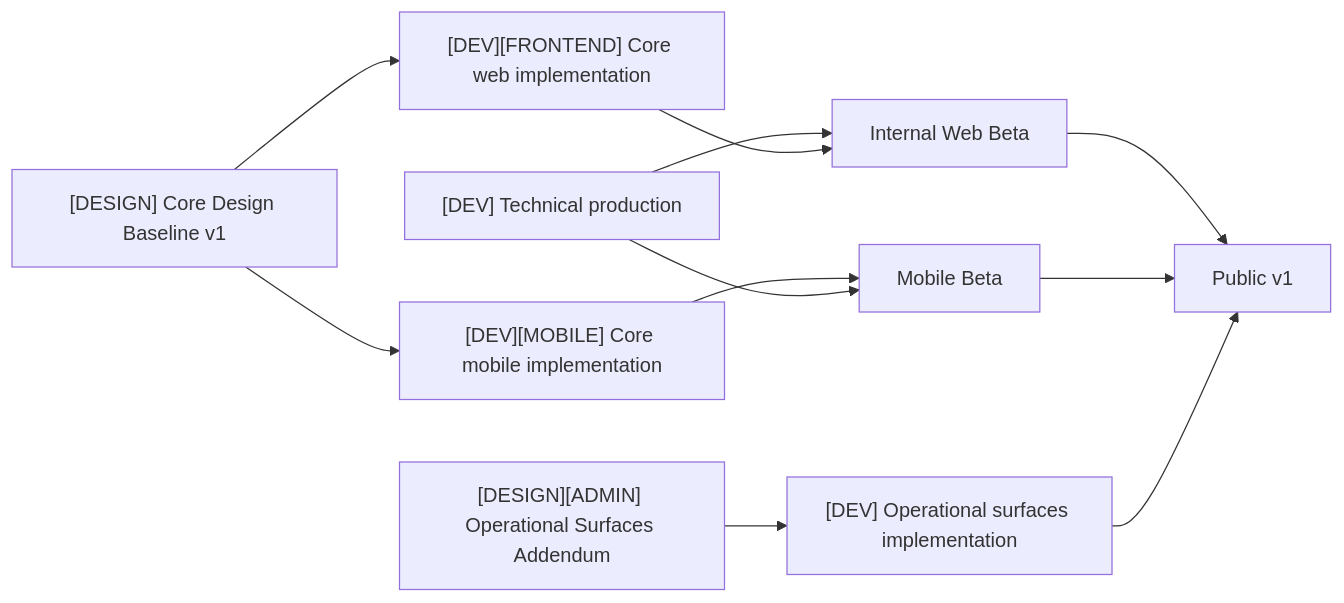
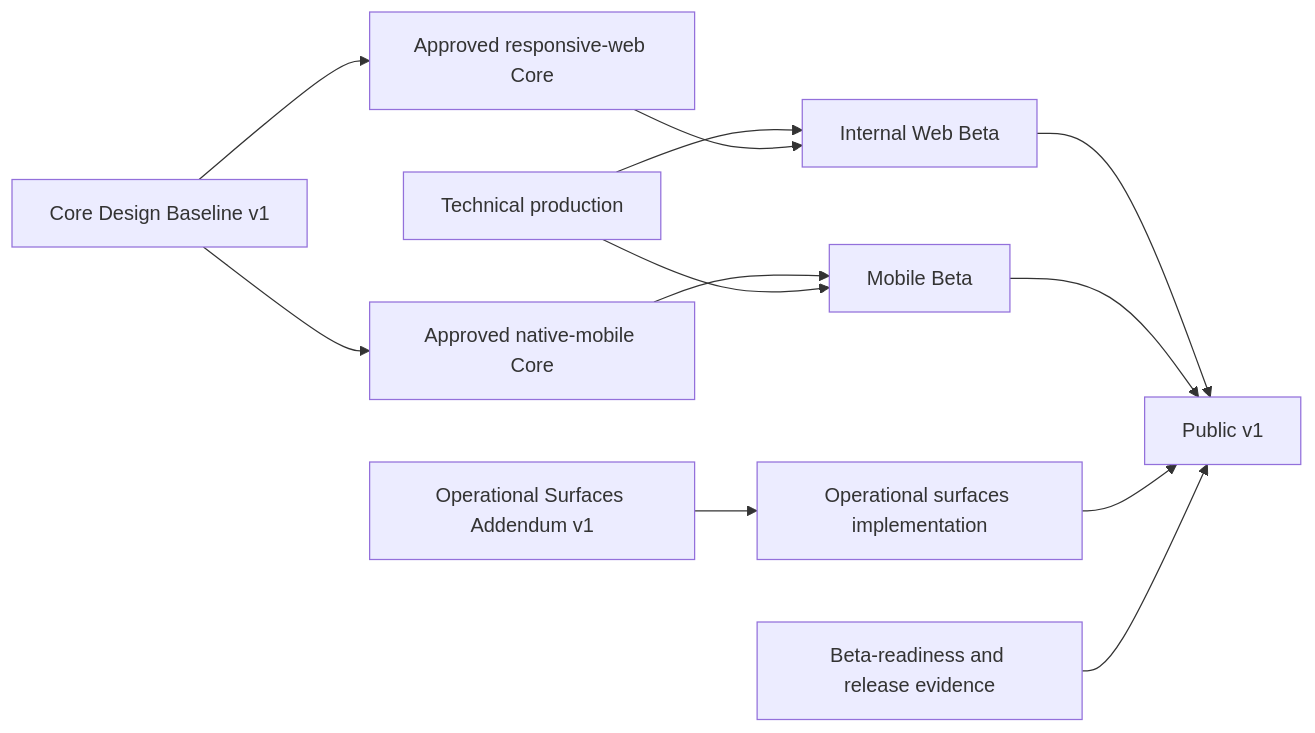
One commit to starkovalera/recipe-manager changed the first of 3 diagrams in docs/roadmap.md. Above: the diagram before and after it, drawn with Mermaid. The commit also changed other lines of this file and 3 other files, not shown here.

Commit message:
docs: add human-facing project roadmap (#35)

````diff
--- a/docs/roadmap.md
+++ b/docs/roadmap.md
@@ -42,16 +41,17 @@
 ```mermaid
 flowchart LR
-  designCore["[DESIGN] Core Design Baseline v1"] --> webCore["[DEV][FRONTEND] Core web implementation"]
-  designCore --> mobileCore["[DEV][MOBILE] Core mobile implementation"]
-  designOps["[DESIGN][ADMIN] Operational Surfaces Addendum"] --> opsClients["[DEV] Operational surfaces implementation"]
+  designCore["Core Design Baseline v1"] --> webCore["Approved responsive-web Core"]
+  designCore --> mobileCore["Approved native-mobile Core"]
+  designOps["Operational Surfaces Addendum v1"] --> opsClients["Operational surfaces implementation"]
 
-  techProd["[DEV] Technical production"] --> webBeta["Internal Web Beta"]
+  techProd["Technical production"] --> webBeta["Internal Web Beta"]
   webCore --> webBeta
 
   mobileCore --> mobileBeta["Mobile Beta"]
   techProd --> mobileBeta
 
   webBeta --> publicV1["Public v1"]
   mobileBeta --> publicV1
   opsClients --> publicV1
+  beta["Beta-readiness and release evidence"] --> publicV1
 ```
````
